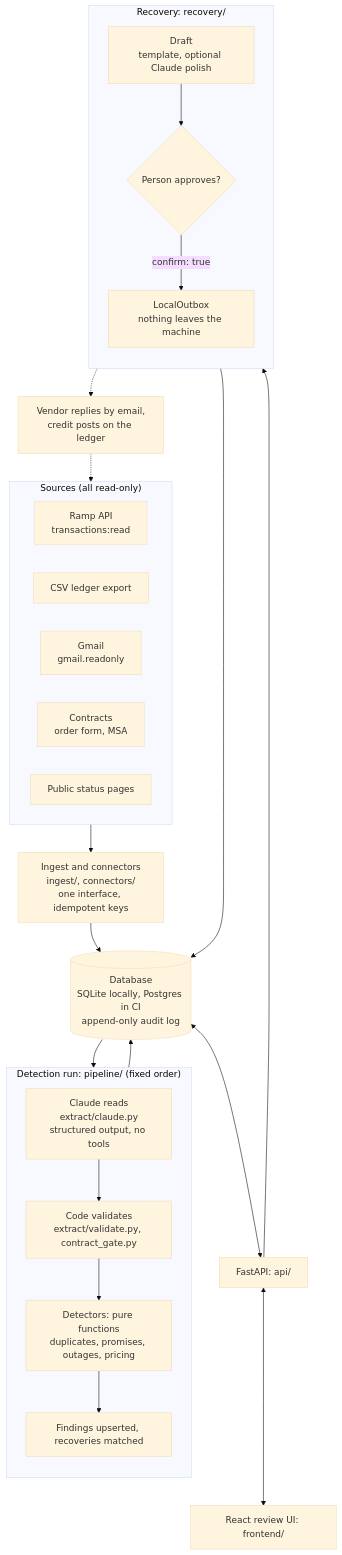
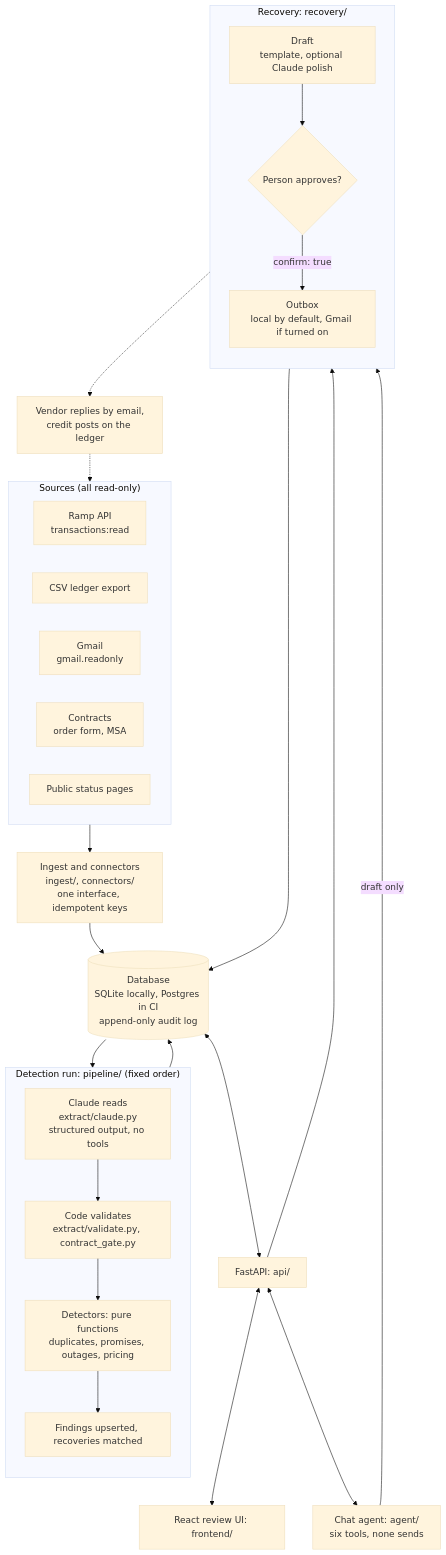
Before and after one commit to anuhtole/recoup: the first of 2 diagrams in docs/architecture.md, drawn with Mermaid (base theme). The commit also changed other lines of this file and 4 other files, not shown here.

First line of the commit message:
docs: ADR 0013 on the chat agent and Gmail sending, README and architecture

````diff
--- a/docs/architecture.md
+++ b/docs/architecture.md
@@ -9,45 +9,48 @@
 ```mermaid
 flowchart TB
     subgraph SRC["Sources (all read-only)"]
         direction LR
         S1["Ramp API<br/>transactions:read"]
         S2["CSV ledger export"]
         S3["Gmail<br/>gmail.readonly"]
         S4["Contracts<br/>order form, MSA"]
         S5["Public status pages"]
     end
 
     I1["Ingest and connectors<br/>ingest/, connectors/<br/>one interface, idempotent keys"]
 
     DB[("Database<br/>SQLite locally, Postgres in CI<br/>append-only audit log")]
 
     subgraph RUN["Detection run: pipeline/ (fixed order)"]
         direction TB
         X["Claude reads<br/>extract/claude.py<br/>structured output, no tools"]
         G["Code validates<br/>extract/validate.py, contract_gate.py"]
         D["Detectors: pure functions<br/>duplicates, promises, outages, pricing"]
         F["Findings upserted, recoveries matched"]
         X --> G --> D --> F
     end
 
     subgraph REC["Recovery: recovery/"]
         direction TB
         R1["Draft<br/>template, optional Claude polish"]
         R2{"Person approves?"}
-        R3["LocalOutbox<br/>nothing leaves the machine"]
+        R3["Outbox<br/>local by default, Gmail if turned on"]
         R1 --> R2 -->|"confirm: true"| R3
     end
 
     API["FastAPI: api/"]
     UI["React review UI: frontend/"]
+    AG["Chat agent: agent/<br/>six tools, none sends"]
     V["Vendor replies by email,<br/>credit posts on the ledger"]
 
     SRC --> I1 --> DB
     DB --> X
     F --> DB
     DB <--> API
     API <--> UI
     API --> R1
+    API <--> AG
+    AG -->|"draft only"| R1
     R3 --> DB
     R3 -.-> V -.-> SRC
 ```
````
